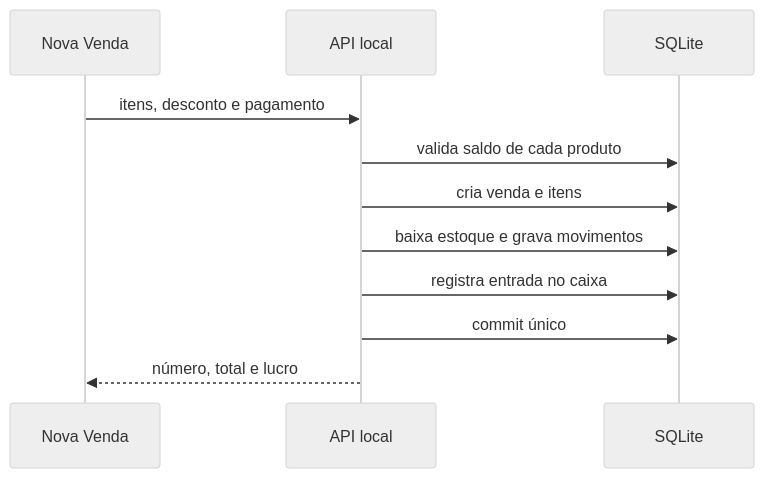
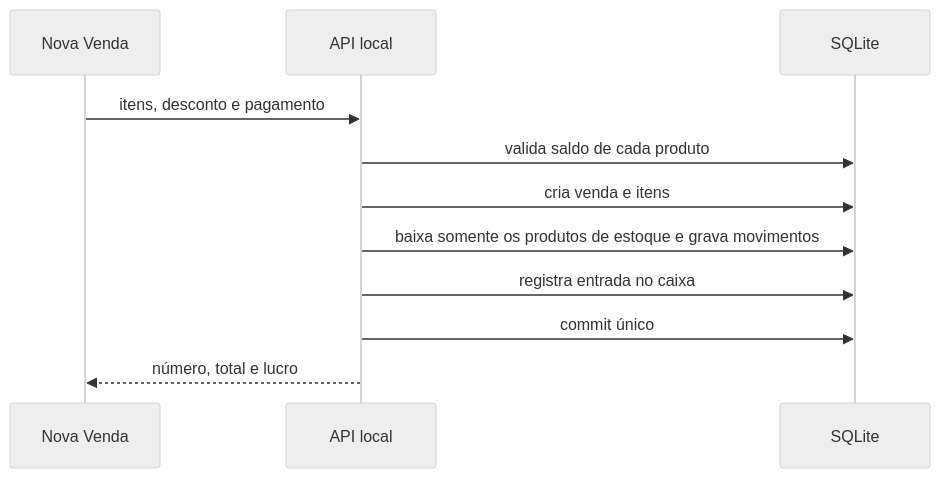
Before and after one commit to Frederico-Melo/Borracharia: the second of 2 diagrams in docs/ARQUITETURA.md, drawn with Mermaid (neutral theme). The commit also changed other lines of this file and 16 other files, not shown here.

````diff
--- a/docs/ARQUITETURA.md
+++ b/docs/ARQUITETURA.md
@@ -31,13 +31,13 @@
 ```mermaid
 sequenceDiagram
   participant UI as Nova Venda
   participant API as API local
   participant DB as SQLite
   UI->>API: itens, desconto e pagamento
   API->>DB: valida saldo de cada produto
   API->>DB: cria venda e itens
-  API->>DB: baixa estoque e grava movimentos
+  API->>DB: baixa somente os produtos de estoque e grava movimentos
   API->>DB: registra entrada no caixa
   API->>DB: commit único
   API-->>UI: número, total e lucro
 ```
````
